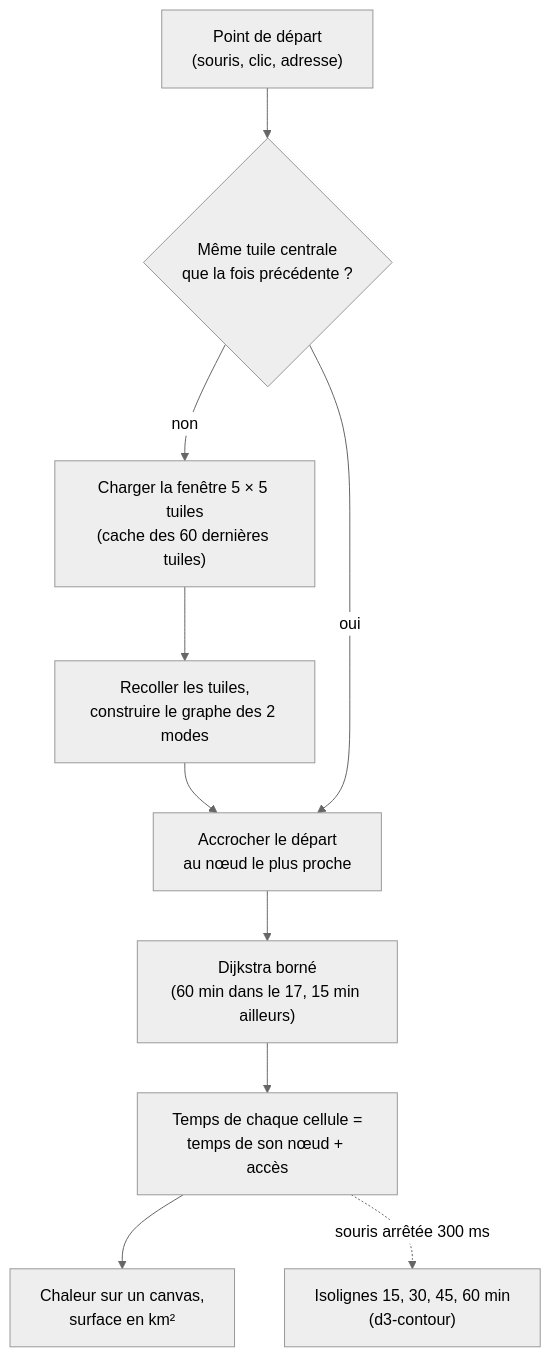
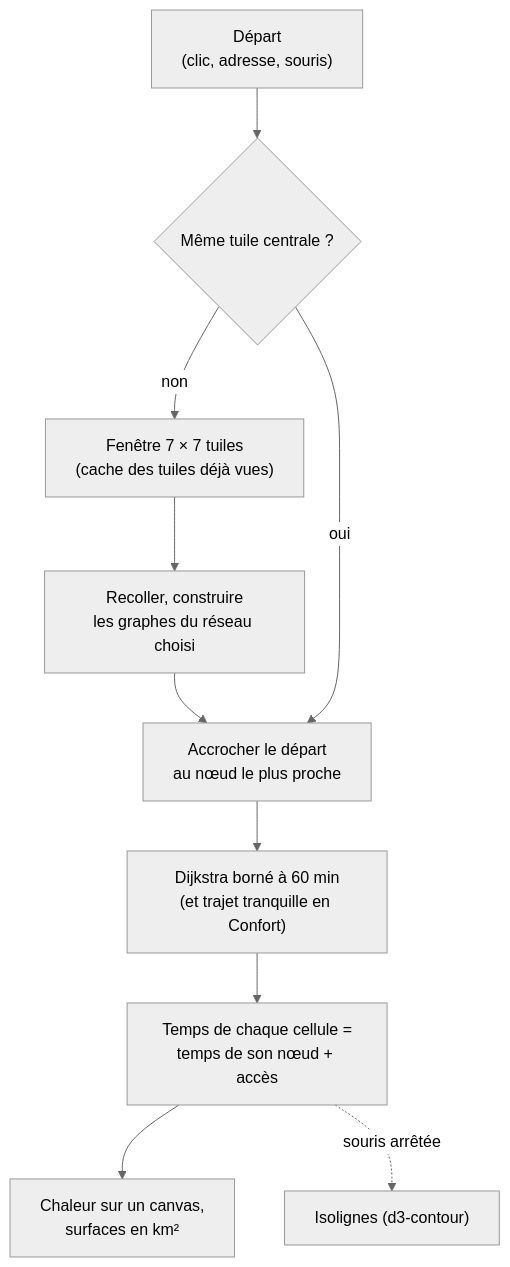
The fourth of 6 diagrams in README.md (aurelienchaumet/portee-velo-france), drawn with Mermaid (neutral theme) before and after one commit. The commit also changed other lines of this file, not shown here.

Commit message:
README : méthodologie de la version France entière (territoires, tuilage par bandes, format, calcul, blocs, diagnostics, classement, Actions et Cloudflare), schémas Mermaid

````diff
--- a/README.md
+++ b/README.md
@@ -162,12 +208,12 @@
 ```mermaid
 flowchart TD
-    P["Point de départ<br/>(souris, clic, adresse)"] --> F{"Même tuile centrale<br/>que la fois précédente ?"}
-    F -- non --> W["Charger la fenêtre 5 × 5 tuiles<br/>(cache des 60 dernières tuiles)"]
-    W --> R["Recoller les tuiles,<br/>construire le graphe des 2 modes"]
+    P["Départ<br/>(clic, adresse, souris)"] --> F{"Même tuile centrale ?"}
+    F -- non --> W["Fenêtre 7 × 7 tuiles<br/>(cache des tuiles déjà vues)"]
+    W --> R["Recoller, construire<br/>les graphes du réseau choisi"]
     R --> A
     F -- oui --> A["Accrocher le départ<br/>au nœud le plus proche"]
-    A --> D["Dijkstra borné<br/>(60 min dans le 17, 15 min ailleurs)"]
+    A --> D["Dijkstra borné à 60 min<br/>(et trajet tranquille en Confort)"]
     D --> G["Temps de chaque cellule =<br/>temps de son nœud + accès"]
-    G --> C["Chaleur sur un canvas,<br/>surface en km²"]
-    G -. "souris arrêtée 300 ms" .-> I["Isolignes 15, 30, 45, 60 min<br/>(d3-contour)"]
+    G --> C["Chaleur sur un canvas,<br/>surfaces en km²"]
+    G -. "souris arrêtée" .-> I["Isolignes (d3-contour)"]
 ```
````
